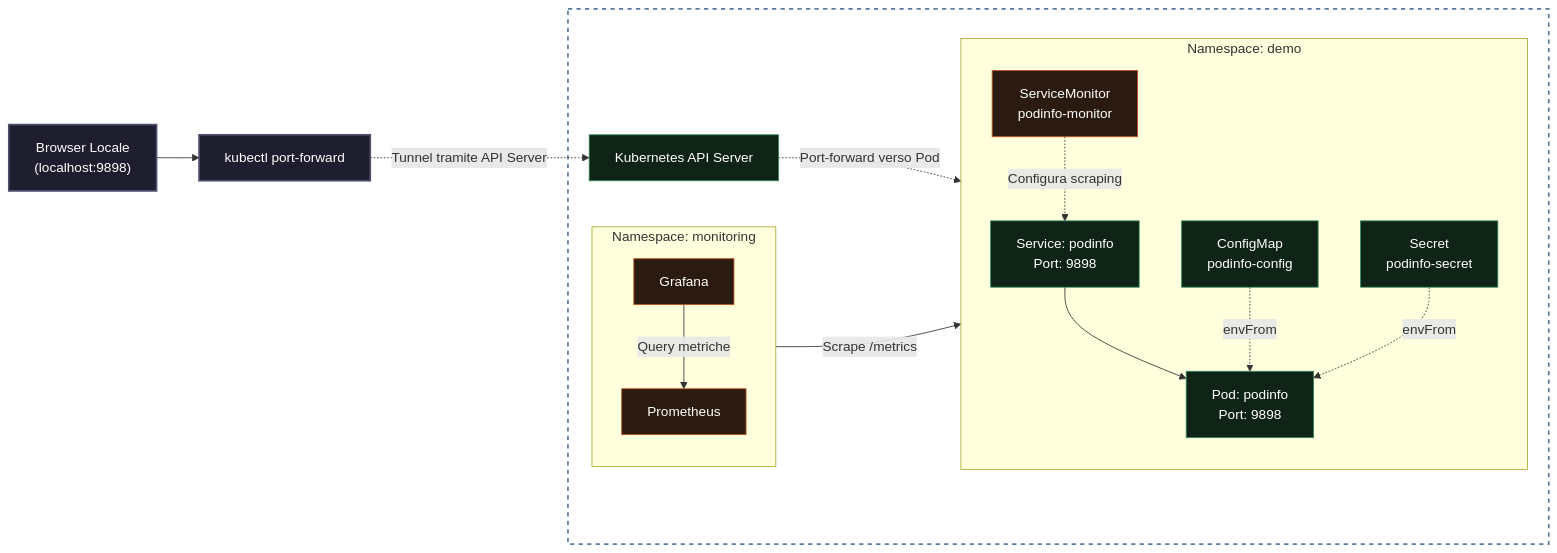
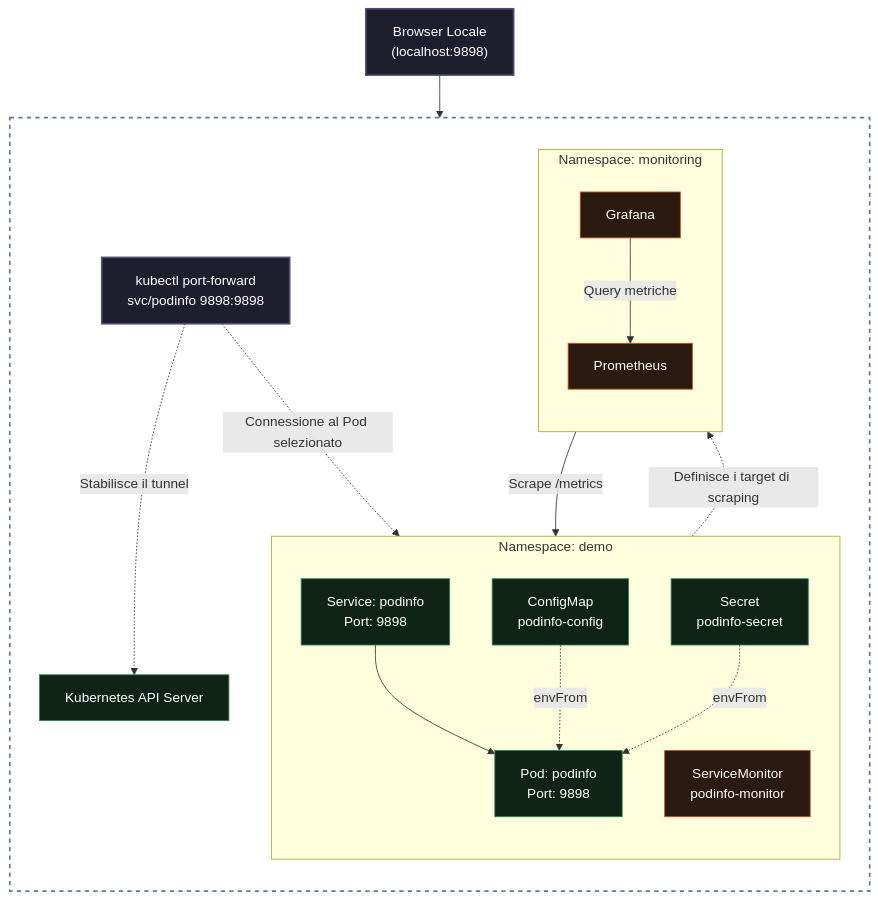
Before and after one commit to SinghPartap01/kiratech-challenge-l2: the diagram in README.md, drawn with Mermaid.

Commit message:
Enhance README flowchart with port-forward details
Updated the flowchart in the README to include detailed port-forwarding instructions and removed redundant lines.

````diff
--- a/README.md
+++ b/README.md
@@ -23,44 +23,46 @@
 ```mermaid
-flowchart LR
+flowchart TD
     classDef external fill:#1e1e2f,stroke:#4e4e6f,stroke-width:2px,color:#ffffff;
     classDef k8s fill:transparent,stroke:#5c7c9e,stroke-width:2px,stroke-dasharray: 5 5,color:#ffffff;
     classDef app fill:#0f2417,stroke:#2f855a,stroke-width:1px,color:#ffffff;
     classDef obs fill:#2b1a0f,stroke:#c05621,stroke-width:1px,color:#ffffff;
 
     Browser["Browser Locale<br/>(localhost:9898)"]:::external
-    PF["kubectl port-forward"]:::external
+    PF["kubectl port-forward<br/>svc/podinfo 9898:9898"]:::external
+
+    Browser --> PF
 
     subgraph K8s ["Kind Kubernetes Cluster"]
+        direction TB
         API["Kubernetes API Server"]:::app
+
+        PF -. "Stabilisce il tunnel" .-> API
+        PF -. "Connessione al Pod selezionato" .-> POD
 
         subgraph Demo ["Namespace: demo"]
             direction TB
+            SM["ServiceMonitor<br/>podinfo-monitor"]:::obs
             SVC["Service: podinfo<br/>Port: 9898"]:::app
             POD["Pod: podinfo<br/>Port: 9898"]:::app
             CM["ConfigMap<br/>podinfo-config"]:::app
             SEC["Secret<br/>podinfo-secret"]:::app
-            SM["ServiceMonitor<br/>podinfo-monitor"]:::obs
 
             SVC --> POD
             CM -. "envFrom" .-> POD
             SEC -. "envFrom" .-> POD
-            SM -. "Configura scraping" .-> SVC
         end
 
         subgraph Mon ["Namespace: monitoring"]
             direction TB
             PROM["Prometheus"]:::obs
             GRAF["Grafana"]:::obs
 
             GRAF -->|"Query metriche"| PROM
         end
+
+        SM -. "Definisce i target di scraping" .-> PROM
+        PROM -->|"Scrape /metrics"| SVC
     end
-
-    Browser --> PF
-    PF -. "Tunnel tramite API Server" .-> API
-    API -. "Port-forward verso Pod" .-> POD
-
-    PROM -->|"Scrape /metrics"| SVC
 
     class K8s k8s;
 ```
````
